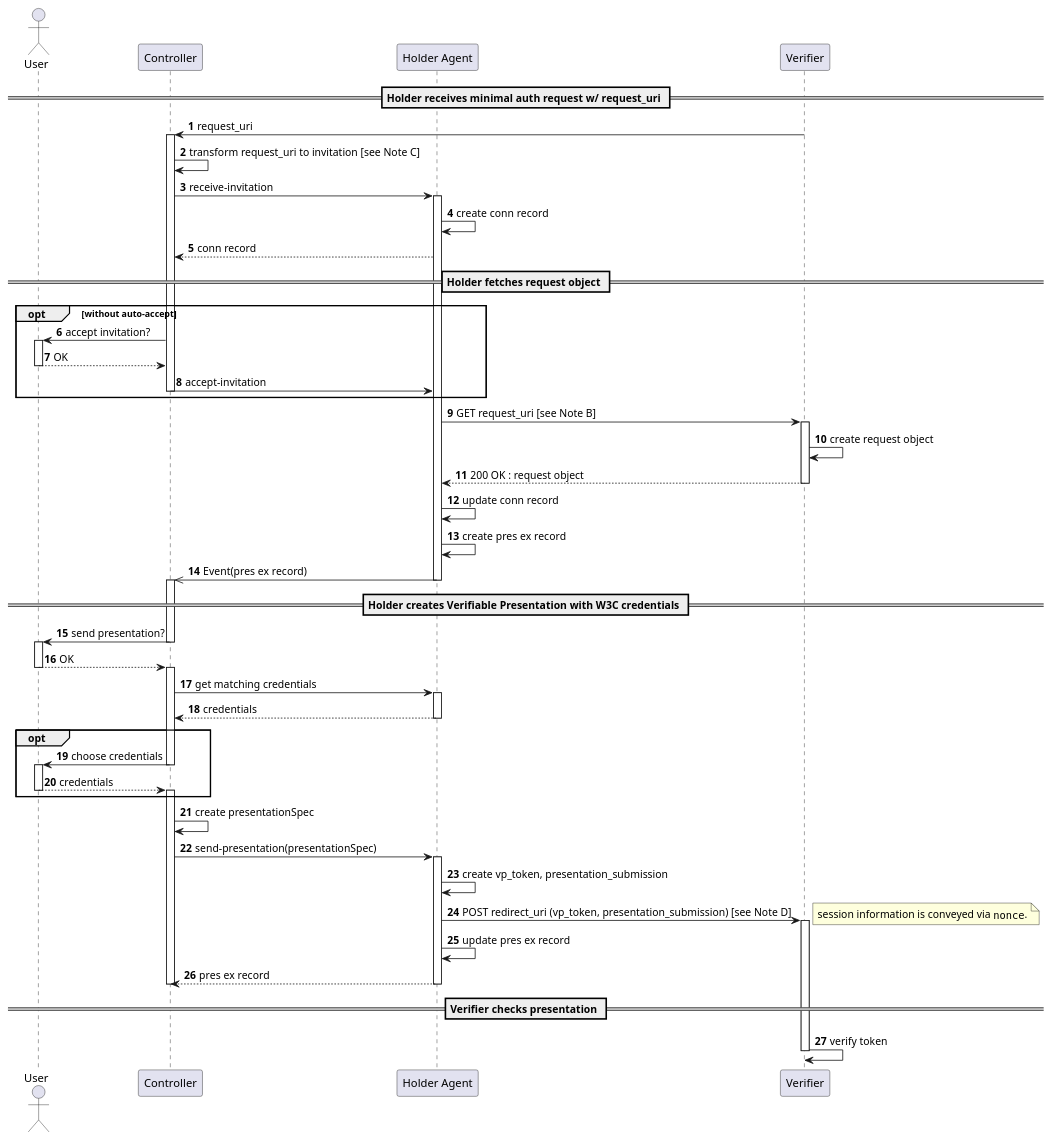
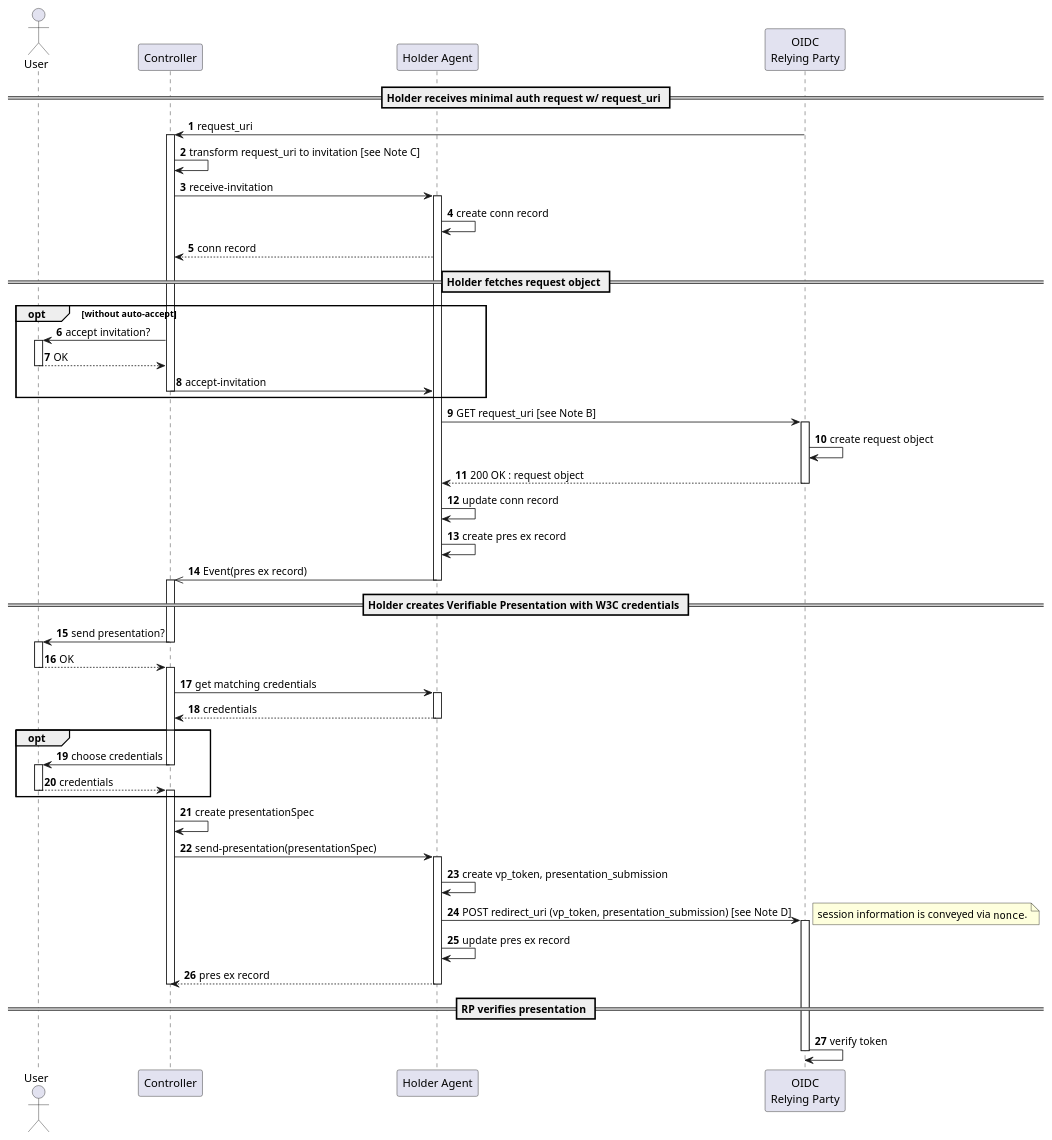
Before and after one commit to gematik/poc-fue-presentationExchangeOverHttp: the diagram in OIDC4VP_short.adoc, drawn with PlantUML.

Commit message:
naming improvements

```diff
--- a/OIDC4VP_short.adoc
+++ b/OIDC4VP_short.adoc
@@ -9,12 +9,12 @@
 actor User
 participant Controller
 participant "Holder Agent" as HolderAgent
-participant Verifier
+participant "OIDC\nRelying Party" as RP
 
 
 == Holder receives minimal auth request w/ request_uri ==
 
-Verifier -> Controller : request_uri
+RP -> Controller : request_uri
 activate Controller
 Controller -> Controller : transform request_uri to invitation [see Note C]
 
@@ -34,12 +34,12 @@
     deactivate Controller
 end
 
-HolderAgent -> Verifier : GET request_uri [see Note B]
-activate Verifier
-Verifier -> Verifier : create request object
+HolderAgent -> RP : GET request_uri [see Note B]
+activate RP
+RP -> RP : create request object
 
-HolderAgent <-- Verifier    : 200 OK : request object
-deactivate Verifier
+HolderAgent <-- RP    : 200 OK : request object
+deactivate RP
 HolderAgent  -> HolderAgent : update conn record
 
 deactivate Controller
@@ -74,19 +74,19 @@
 Controller -> HolderAgent : send-presentation(presentationSpec)
 activate HolderAgent
 HolderAgent -> HolderAgent : create vp_token, presentation_submission
-HolderAgent ->  Verifier : POST redirect_uri (vp_token, presentation_submission) [see Note D]
+HolderAgent ->  RP : POST redirect_uri (vp_token, presentation_submission) [see Note D]
 note right : session information is conveyed via ""nonce"".
-activate Verifier
+activate RP
 HolderAgent -> HolderAgent : update pres ex record
 Controller  <-- HolderAgent : pres ex record
 deactivate HolderAgent
 deactivate Controller
 
-== Verifier checks presentation ==
+== RP verifies presentation ==
 
-Verifier  -> Verifier   : verify token
+RP  -> RP   : verify token
 
-deactivate Verifier
+deactivate RP
 deactivate Controller
 
 @enduml
```
